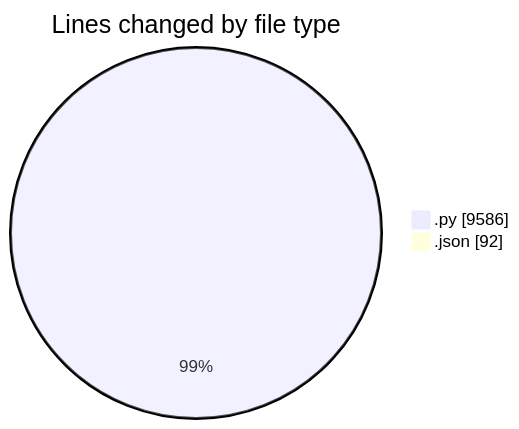
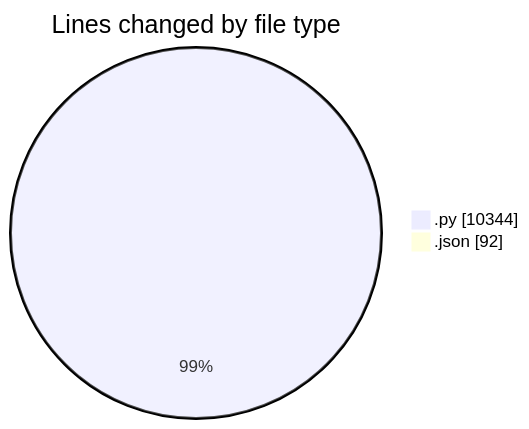
The first of 2 diagrams in 2025-07-13/telebot/README.md (jrari/code-tracking), drawn with Mermaid before and after one commit. The commit also changed other lines of this file and 1 other file, not shown here.

````diff
--- a/2025-07-13/telebot/README.md
+++ b/2025-07-13/telebot/README.md
@@ -35,6 +37,6 @@
 ```mermaid
 pie showData
 title Lines changed by file type
-".py" : 9586
+".py" : 10344
 ".json" : 92
 ```
````
